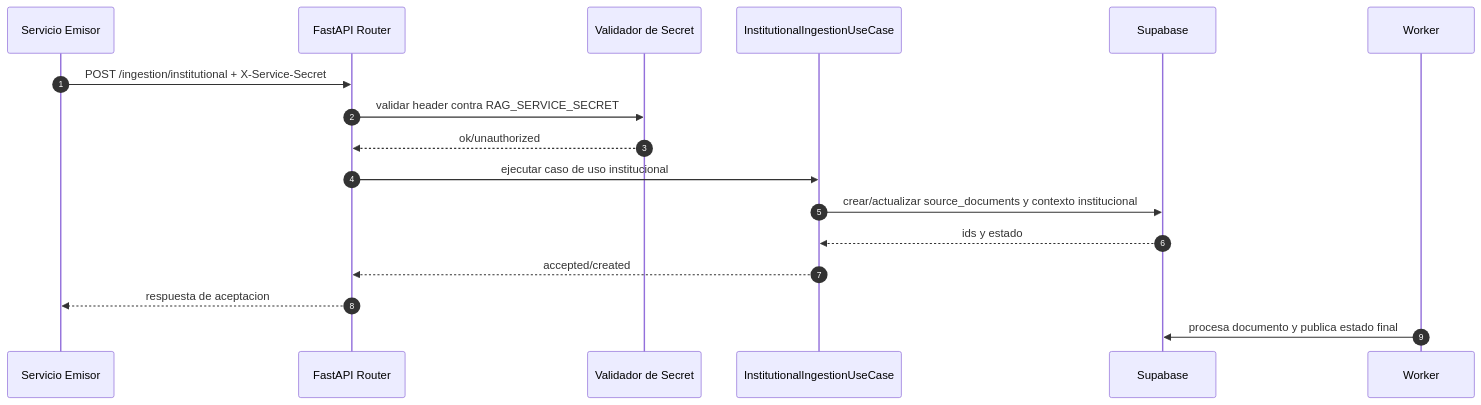
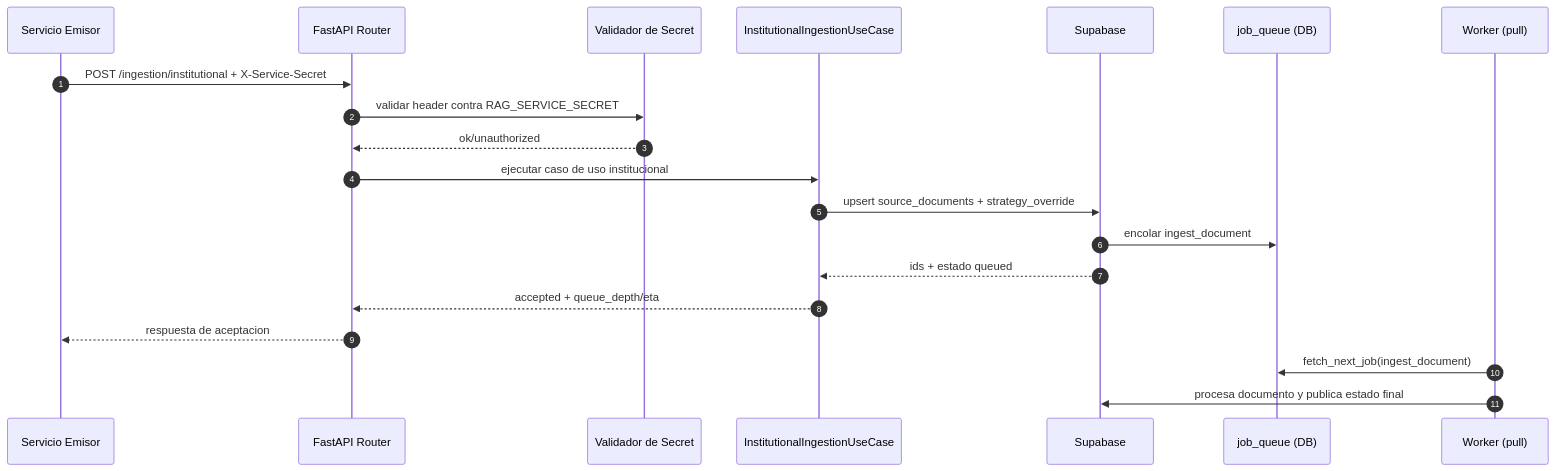
One commit to mcalza96/CIRE-RAG changed the third of 11 diagrams in rag-ingestion/docs/flows-and-diagrams.md. Above: the diagram before and after it, drawn with Mermaid. The commit also changed other lines of this file and 25 other files, not shown here.

Commit message:
docs: update architecture diagrams and flows to reflect atomic engine and bootstrap fix

````diff
--- a/rag-ingestion/docs/flows-and-diagrams.md
+++ b/rag-ingestion/docs/flows-and-diagrams.md
@@ -56,20 +57,23 @@
 ```mermaid
 sequenceDiagram
     autonumber
     participant S as Servicio Emisor
     participant API as FastAPI Router
     participant SEC as Validador de Secret
     participant UC as InstitutionalIngestionUseCase
     participant DB as Supabase
-    participant WR as Worker
+    participant JQ as job_queue (DB)
+    participant WR as Worker (pull)
 
     S->>API: POST /ingestion/institutional + X-Service-Secret
     API->>SEC: validar header contra RAG_SERVICE_SECRET
     SEC-->>API: ok/unauthorized
     API->>UC: ejecutar caso de uso institucional
-    UC->>DB: crear/actualizar source_documents y contexto institucional
-    DB-->>UC: ids y estado
-    UC-->>API: accepted/created
+    UC->>DB: upsert source_documents + strategy_override
+    DB->>JQ: encolar ingest_document
+    DB-->>UC: ids + estado queued
+    UC-->>API: accepted + queue_depth/eta
     API-->>S: respuesta de aceptacion
+    WR->>JQ: fetch_next_job(ingest_document)
     WR->>DB: procesa documento y publica estado final
 ```
````
